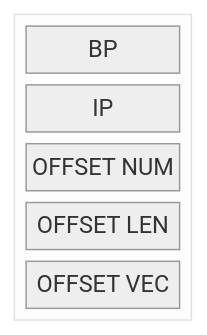
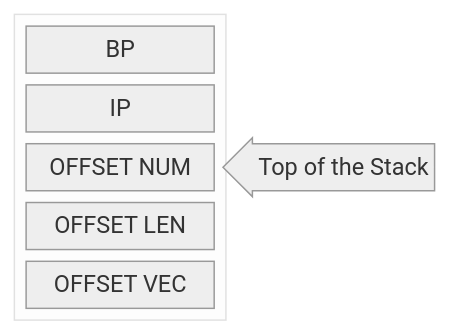
One commit to tudorcoroian17/ALP changed the first of 2 diagrams in Lab_09/proc-mac-write.md. Above: the diagram before and after it, drawn with Mermaid (neutral theme).

Commit message:
v4.2 for tudorial

````diff
--- a/Lab_09/proc-mac-write.md
+++ b/Lab_09/proc-mac-write.md
@@ -41,7 +41,8 @@
 ```mermaid
 block-beta
     block
         columns 1
         BP IP c["OFFSET NUM"] d["OFFSET LEN"] e["OFFSET VEC"]
     end
+    arrow<["Top of the Stack"]>(left)
 ```
````
